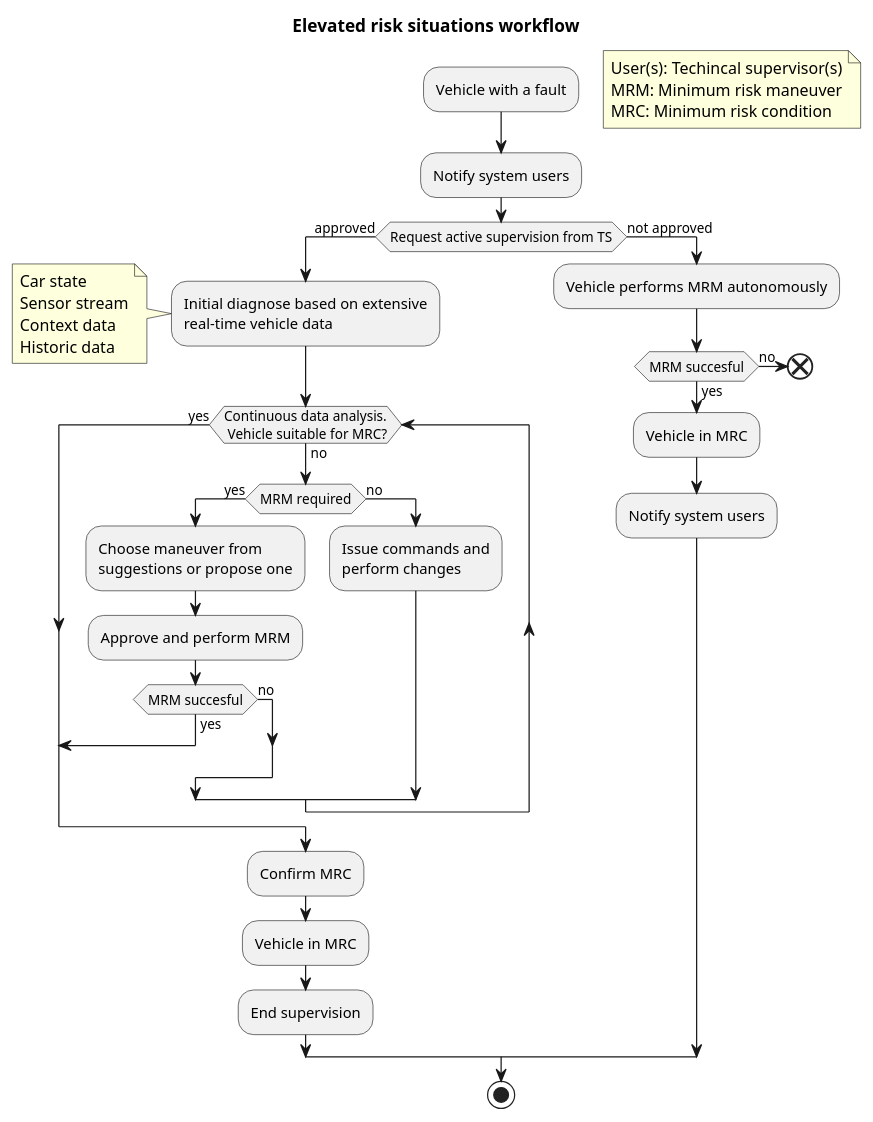
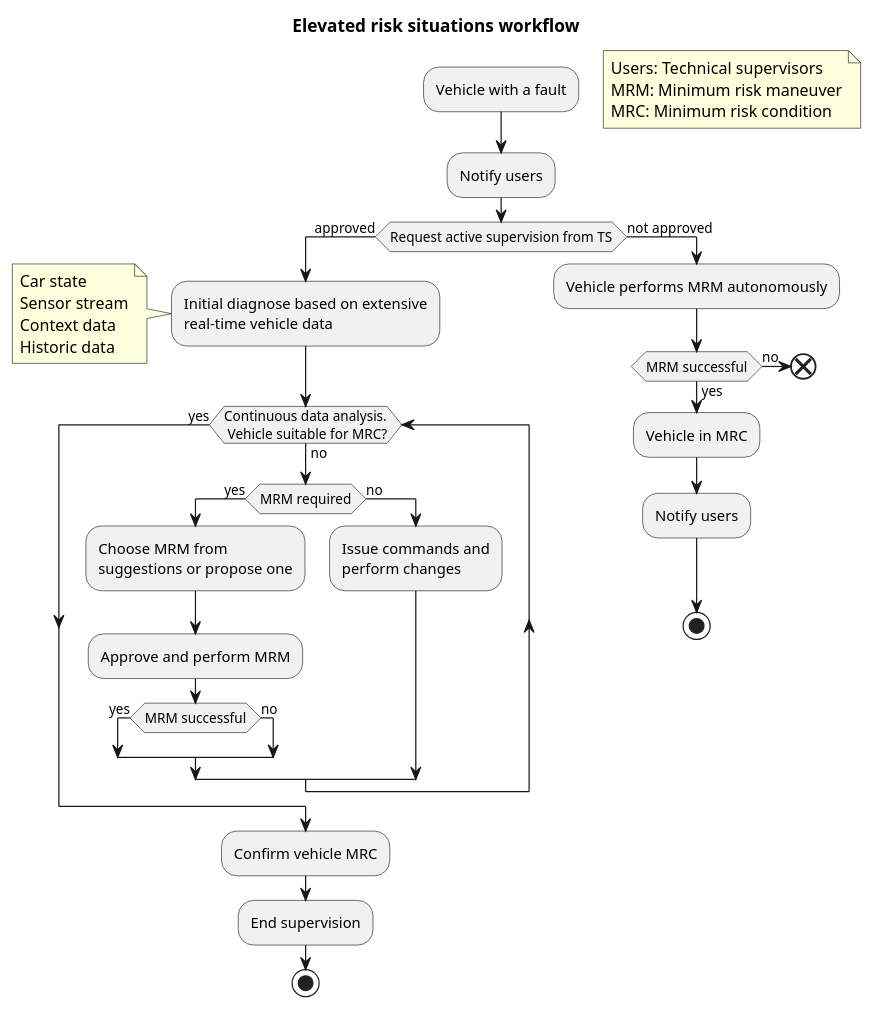
The diagram in vehicles/elevated_risk_situation.pu (bruno-motorai/uml), drawn with PlantUML before and after one commit. The commit also changed 1 other file, not shown here.

Commit message:
Fix typos and split ends on ERS flow

```diff
--- a/vehicles/elevated_risk_situation.pu
+++ b/vehicles/elevated_risk_situation.pu
@@ -1,61 +1,60 @@
 @startuml "ADS fault"
 skinparam ConditionEndStyle hline
 title Elevated risk situations workflow
 
 
 :Vehicle with a fault;
 
 floating note right
-User(s): Techincal supervisor(s)
+Users: Technical supervisors
 MRM: Minimum risk maneuver
 MRC: Minimum risk condition
 end note
 
-:Notify system users;
+:Notify users;
 
 if (Request active supervision from TS) equals (approved) then
 
     :Initial diagnose based on extensive 
     real-time vehicle data;
     note left
         Car state
         Sensor stream
         Context data
         Historic data
     end note
 
     while(Continuous data analysis.\n Vehicle suitable for MRC?) is (no)
         if (MRM required) equals (yes) then
-            :Choose maneuver from 
+            :Choose MRM from 
             suggestions or propose one;
             :Approve and perform MRM;
 
-            if(MRM succesful) equals (yes) then
-                break
+            if(MRM successful) equals (yes) then
             else (no)
             endif
 
         else (no)
             :Issue commands and
             perform changes;
         endif
 
     endwhile (yes)
 
-    :Confirm MRC;
-    :Vehicle in MRC;
+    :Confirm vehicle MRC;
     :End supervision;
 
+    stop
+    
 else (not approved)
 
     :Vehicle performs MRM autonomously;
-    if(MRM succesful) equals (yes) then
+    if(MRM successful) equals (yes) then
         :Vehicle in MRC;
-        :Notify system users;
+        :Notify users;
     else (no)
         end
     endif
-
+    stop
 endif
-stop
 @enduml
```
